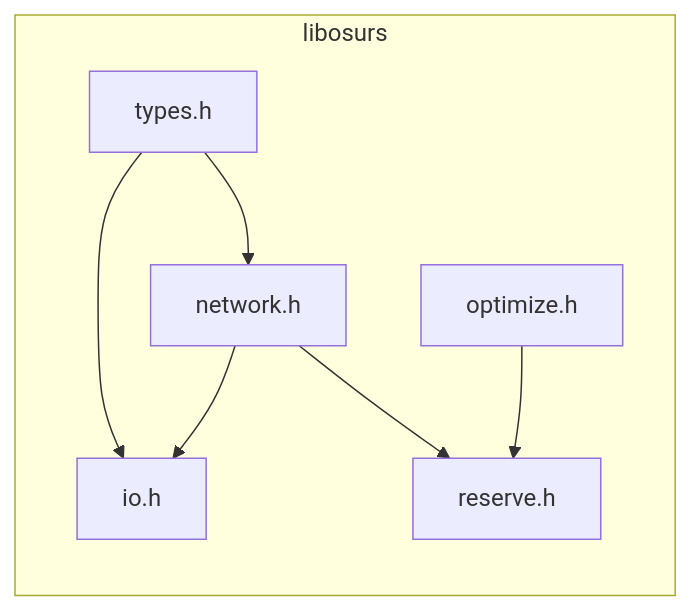
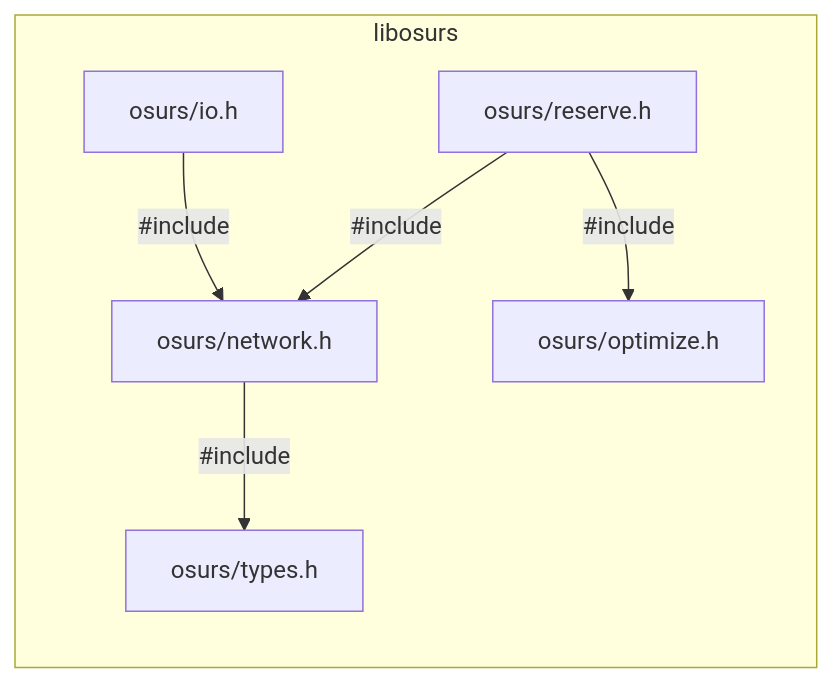
Before and after one commit to maptic/osurs: the first of 5 diagrams in README.md, drawn with Mermaid. The commit also changed other lines of this file, not shown here.

Commit message:
Update graphs in README.md

````diff
--- a/README.md
+++ b/README.md
@@ -15,10 +15,9 @@
 ```mermaid
-graph LR;
+graph RL;
   subgraph libosurs;
-    types.h-->network.h;
-    types.h-->io.h;
-    network.h-->io.h
-    network.h-->reserve.h;
-    optimize.h-->reserve.h;
+    osurs/network.h-->|#include|osurs/types.h;
+    osurs/io.h-->|#include|osurs/network.h
+    osurs/reserve.h-->|#include|osurs/network.h;
+    osurs/reserve.h-->|#include|osurs/optimize.h;
   end;
 ```
````
